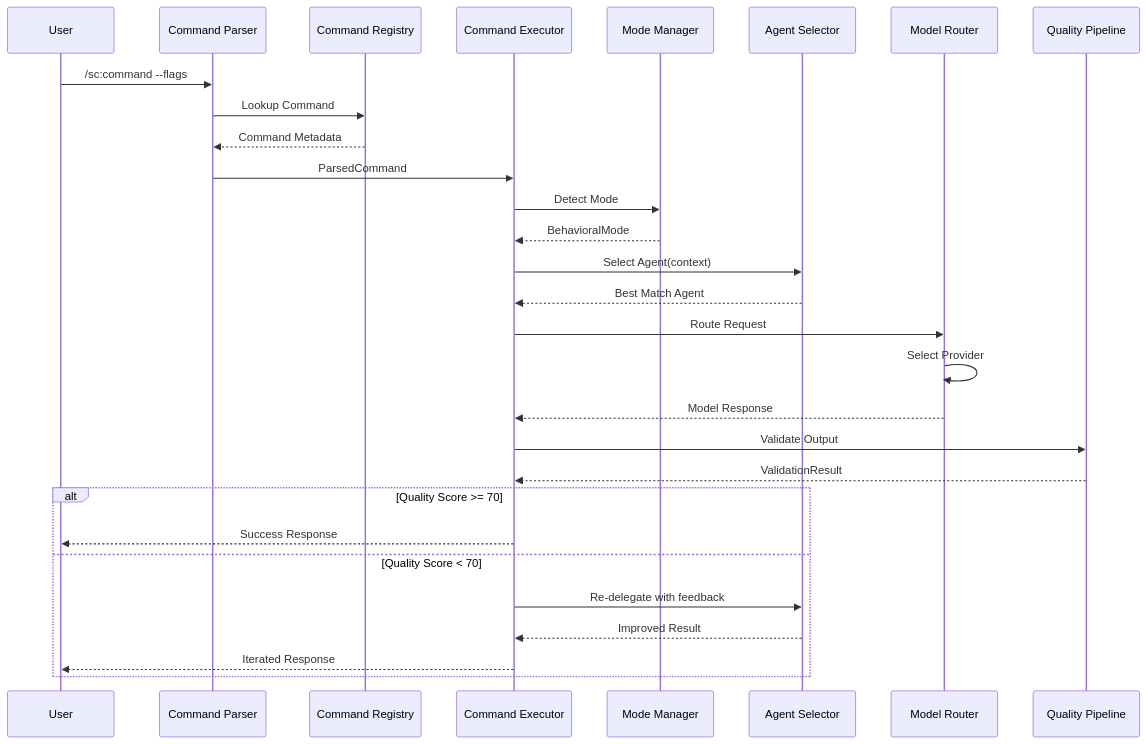
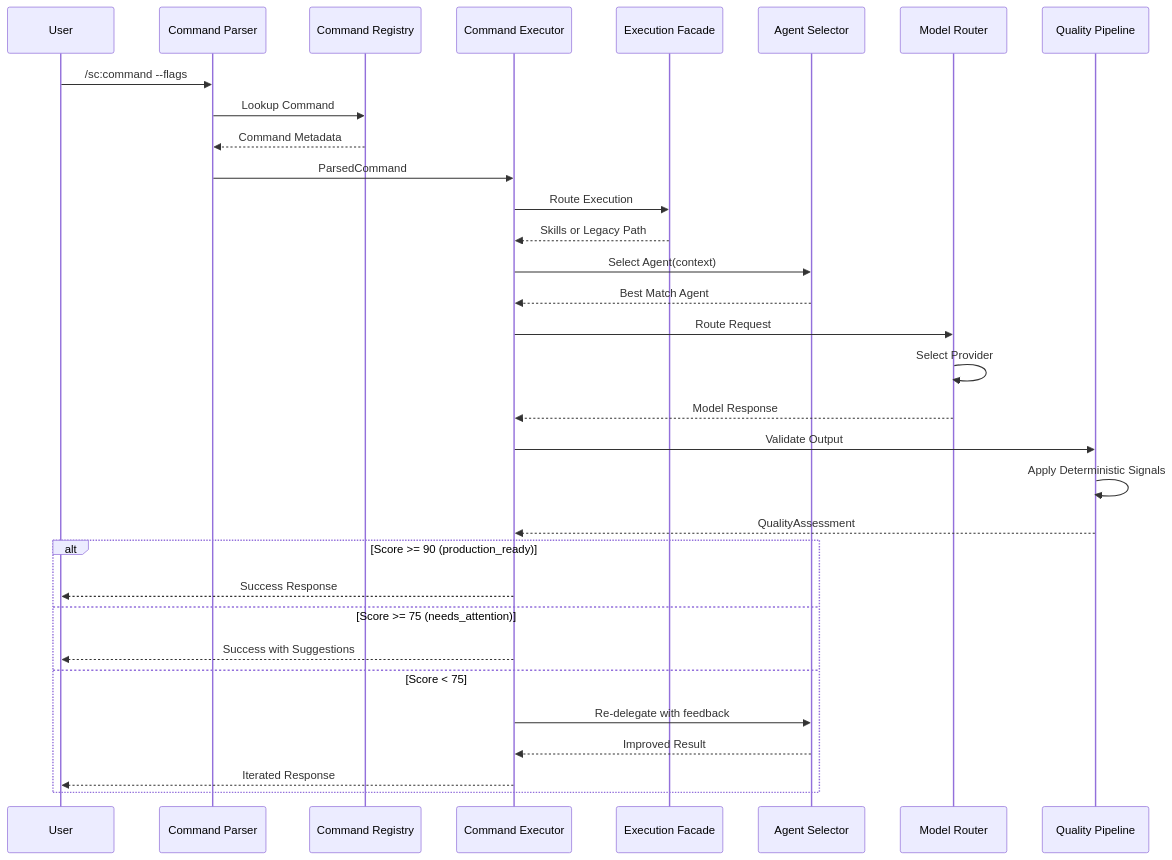
One commit to Tony363/SuperClaude changed the third of 15 diagrams in README.md. Above: the diagram before and after it, drawn with Mermaid. The commit also changed other lines of this file, not shown here.

````diff
--- a/README.md
+++ b/README.md
@@ -158,37 +172,40 @@
 ```mermaid
 sequenceDiagram
     participant User
     participant Parser as Command Parser
     participant Registry as Command Registry
     participant Executor as Command Executor
-    participant Mode as Mode Manager
+    participant Facade as Execution Facade
     participant Agent as Agent Selector
     participant Router as Model Router
     participant Quality as Quality Pipeline
 
     User->>Parser: /sc:command --flags
     Parser->>Registry: Lookup Command
     Registry-->>Parser: Command Metadata
     Parser->>Executor: ParsedCommand
 
-    Executor->>Mode: Detect Mode
-    Mode-->>Executor: BehavioralMode
+    Executor->>Facade: Route Execution
+    Facade-->>Executor: Skills or Legacy Path
 
     Executor->>Agent: Select Agent(context)
     Agent-->>Executor: Best Match Agent
 
     Executor->>Router: Route Request
     Router->>Router: Select Provider
     Router-->>Executor: Model Response
 
     Executor->>Quality: Validate Output
-    Quality-->>Executor: ValidationResult
+    Quality->>Quality: Apply Deterministic Signals
+    Quality-->>Executor: QualityAssessment
 
-    alt Quality Score >= 70
+    alt Score >= 90 (production_ready)
         Executor-->>User: Success Response
-    else Quality Score < 70
+    else Score >= 75 (needs_attention)
+        Executor-->>User: Success with Suggestions
+    else Score < 75
         Executor->>Agent: Re-delegate with feedback
         Agent-->>Executor: Improved Result
         Executor-->>User: Iterated Response
     end
 ```
````
